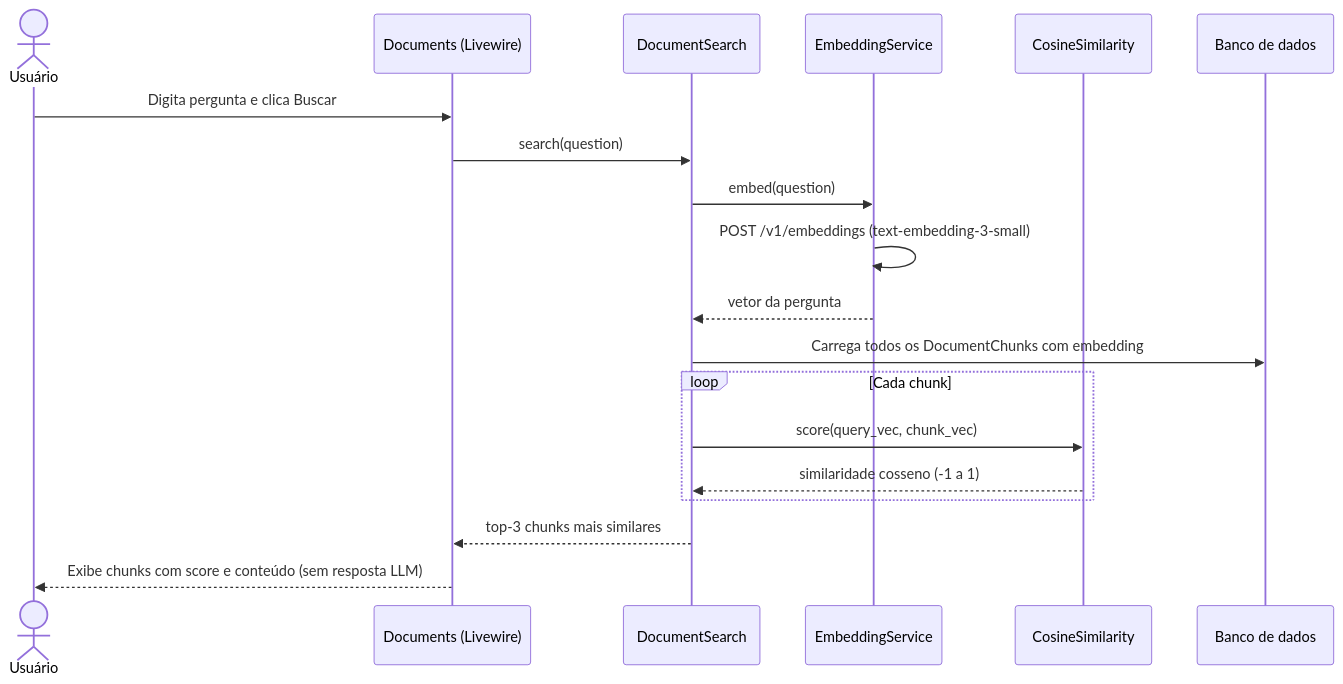
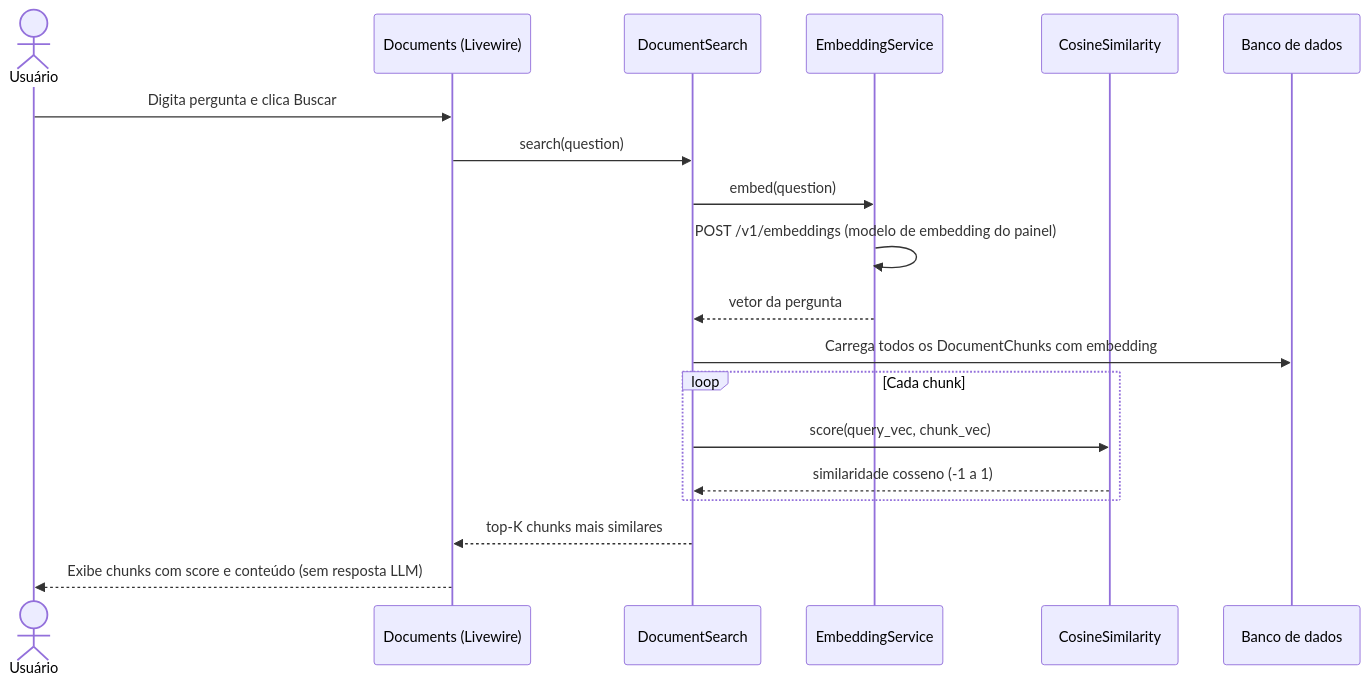
One commit to Fredrumond/pm_helper changed the second of 5 diagrams in docs/rag.md. Above: the diagram before and after it, drawn with Mermaid. The commit also changed other lines of this file and 16 other files, not shown here.

Commit message:
Configurar chunk, embedding e top-K no painel, para o RAG deixar os valores fixos e só aplicar chunk e embedding na próxima indexação.

````diff
--- a/docs/rag.md
+++ b/docs/rag.md
@@ -61,22 +61,22 @@
 ```mermaid
 sequenceDiagram
     actor U as Usuário
     participant D as Documents (Livewire)
     participant S as DocumentSearch
     participant E as EmbeddingService
     participant C as CosineSimilarity
     participant DB as Banco de dados
 
     U->>D: Digita pergunta e clica Buscar
     D->>S: search(question)
     S->>E: embed(question)
-    E->>E: POST /v1/embeddings (text-embedding-3-small)
+    E->>E: POST /v1/embeddings (modelo de embedding do painel)
     E-->>S: vetor da pergunta
     S->>DB: Carrega todos os DocumentChunks com embedding
     loop Cada chunk
         S->>C: score(query_vec, chunk_vec)
         C-->>S: similaridade cosseno (-1 a 1)
     end
-    S-->>D: top-3 chunks mais similares
+    S-->>D: top-K chunks mais similares
     D-->>U: Exibe chunks com score e conteúdo (sem resposta LLM)
 ```
````
